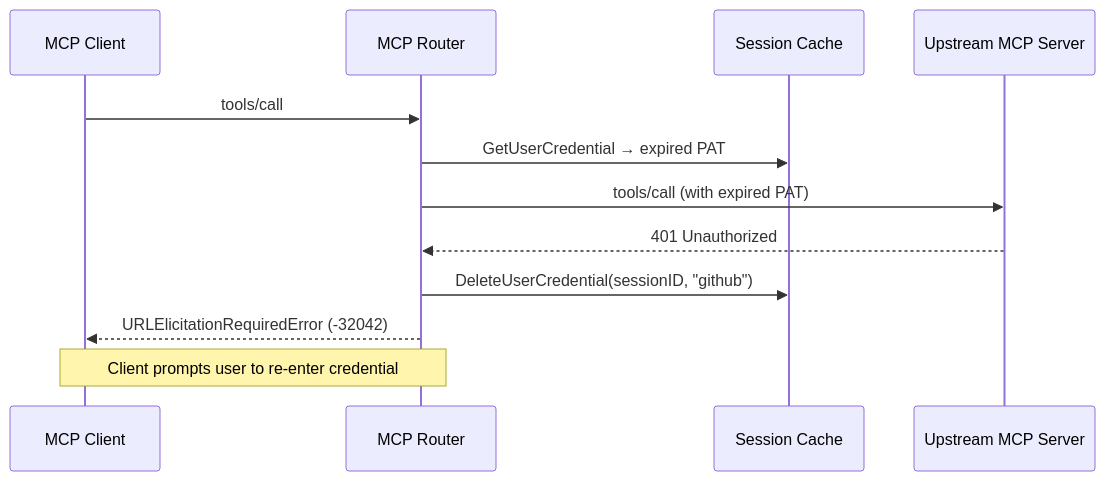
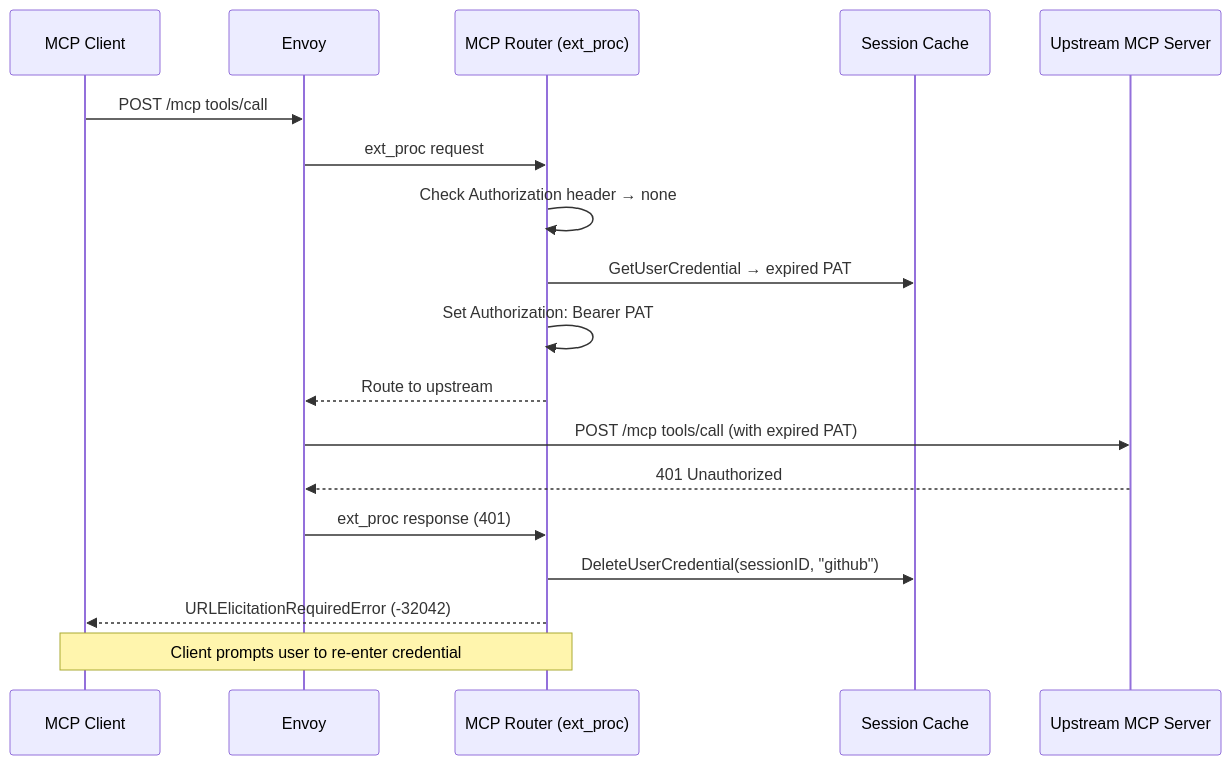
The second of 2 diagrams in docs/design/gateway-initiated-url-elicitation.md (Kuadrant/mcp-gateway), drawn with Mermaid before and after one commit. The commit also changed other lines of this file, not shown here.

Commit message:
updates for consistency

````diff
--- a/docs/design/gateway-initiated-url-elicitation.md
+++ b/docs/design/gateway-initiated-url-elicitation.md
@@ -83,15 +86,21 @@
 ```mermaid
 sequenceDiagram
     participant Client as MCP Client
-    participant Router as MCP Router
+    participant Gateway as Envoy
+    participant Router as MCP Router (ext_proc)
     participant Cache as Session Cache
     participant Upstream as Upstream MCP Server
 
-    Client->>Router: tools/call
+    Client->>Gateway: POST /mcp tools/call
+    Gateway->>Router: ext_proc request
+    Router->>Router: Check Authorization header → none
     Router->>Cache: GetUserCredential → expired PAT
-    Router->>Upstream: tools/call (with expired PAT)
-    Upstream-->>Router: 401 Unauthorized
+    Router->>Router: Set Authorization: Bearer PAT
+    Router-->>Gateway: Route to upstream
+    Gateway->>Upstream: POST /mcp tools/call (with expired PAT)
+    Upstream-->>Gateway: 401 Unauthorized
+    Gateway->>Router: ext_proc response (401)
     Router->>Cache: DeleteUserCredential(sessionID, "github")
     Router-->>Client: URLElicitationRequiredError (-32042)
     Note over Client,Router: Client prompts user to re-enter credential
 ```
````
